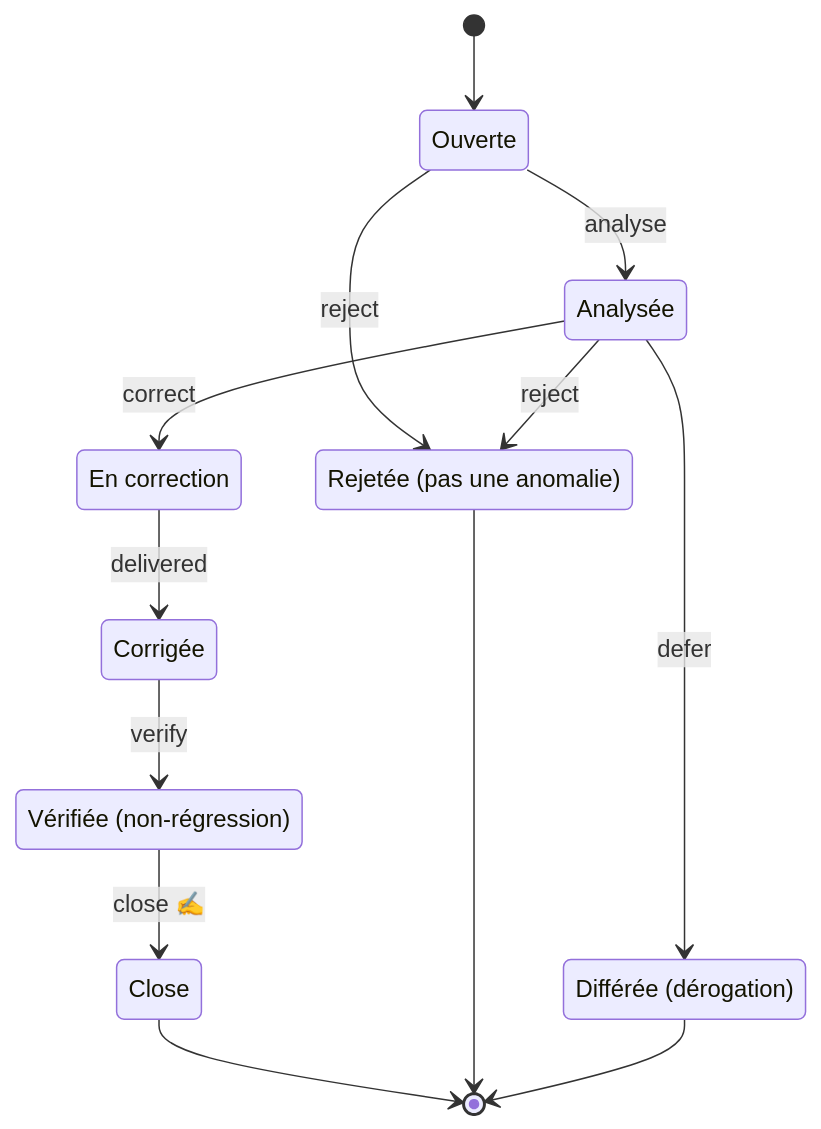
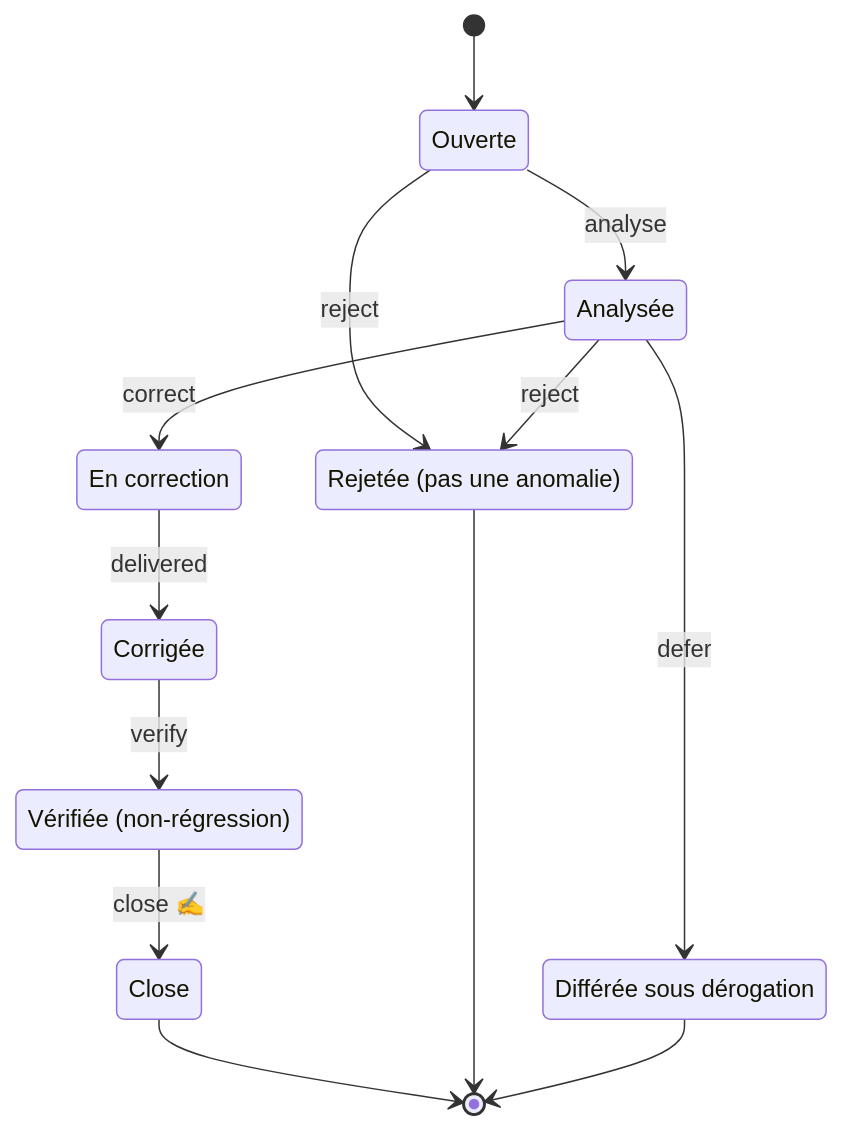
Diagram 13 of 27 in docs/generated/A4_workflows.md (PapSee1/ALM_Datamodel), drawn with Mermaid before and after one commit. The commit also changed other lines of this file and 320 other files, not shown here.

````diff
--- a/docs/generated/A4_workflows.md
+++ b/docs/generated/A4_workflows.md
@@ -441,23 +436,23 @@
 ```mermaid
 stateDiagram-v2
     [*] --> open
     open : Ouverte
     analysed : Analysée
     inCorrection : En correction
     corrected : Corrigée
     verified : Vérifiée (non-régression)
     closed : Close
     rejected : Rejetée (pas une anomalie)
-    deferred : Différée (dérogation)
+    waived : Différée sous dérogation
     open --> analysed : analyse
     analysed --> inCorrection : correct
     inCorrection --> corrected : delivered
     corrected --> verified : verify
     verified --> closed : close ✍
     open --> rejected : reject
     analysed --> rejected : reject
-    analysed --> deferred : defer
+    analysed --> waived : defer
     closed --> [*]
     rejected --> [*]
-    deferred --> [*]
+    waived --> [*]
 ```
````
